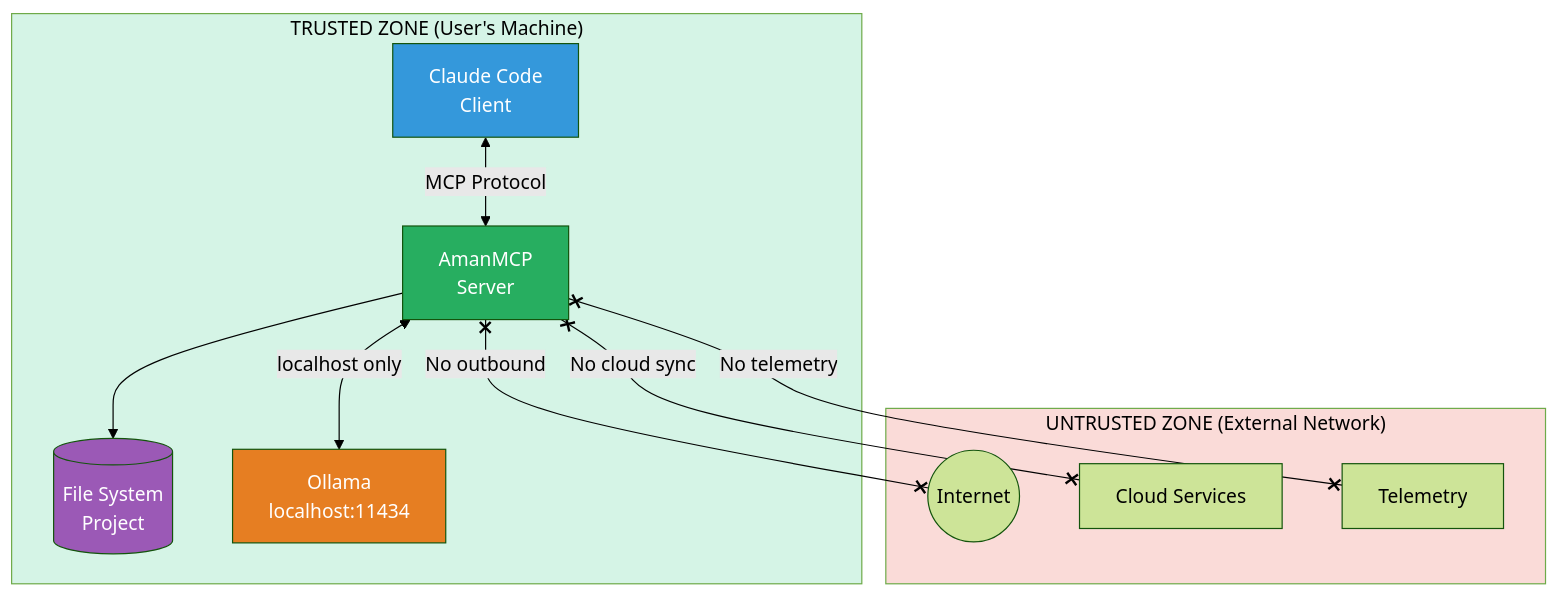
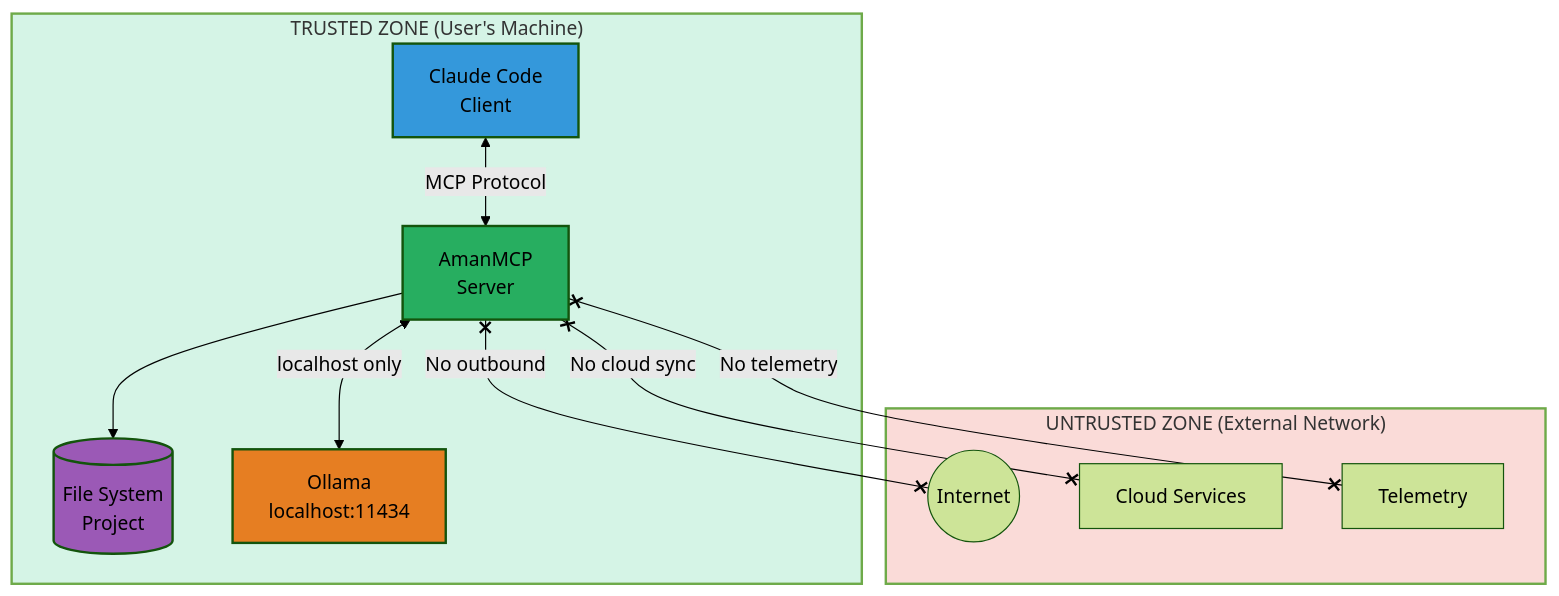
Before and after one commit to sampi02/amanmcp: diagram 22 of 27 in docs/reference/architecture/architecture.md, drawn with Mermaid (forest theme). The commit also changed other lines of this file and 59 other files, not shown here.

````diff
--- a/docs/reference/architecture/architecture.md
+++ b/docs/reference/architecture/architecture.md
@@ -926,30 +1536,30 @@
 ```mermaid
 flowchart TB
     subgraph Trusted["TRUSTED ZONE (User's Machine)"]
         Claude[Claude Code<br/>Client]
         AmanMCP[AmanMCP<br/>Server]
         FS[(File System<br/>Project)]
         Ollama[Ollama<br/>localhost:11434]
 
         Claude <-->|MCP Protocol| AmanMCP
         AmanMCP --> FS
         AmanMCP <-->|localhost only| Ollama
     end
 
     subgraph Untrusted["UNTRUSTED ZONE (External Network)"]
         Internet((Internet))
         Cloud[Cloud Services]
         Telemetry[Telemetry]
     end
 
     AmanMCP x--x|"No outbound"| Internet
     AmanMCP x--x|"No cloud sync"| Cloud
     AmanMCP x--x|"No telemetry"| Telemetry
 
-    style Trusted fill:#d5f4e6,color:#000
-    style Untrusted fill:#fadbd8,color:#000
-    style Claude fill:#3498db,color:#fff
-    style AmanMCP fill:#27ae60,color:#fff
-    style FS fill:#9b59b6,color:#fff
-    style Ollama fill:#e67e22,color:#fff
+    style Trusted fill:#d5f4e6,stroke-width:2px
+    style Untrusted fill:#fadbd8,stroke-width:2px
+    style Claude fill:#3498db,stroke-width:2px
+    style AmanMCP fill:#27ae60,stroke-width:2px
+    style FS fill:#9b59b6,stroke-width:2px
+    style Ollama fill:#e67e22,stroke-width:2px
 ```
````
